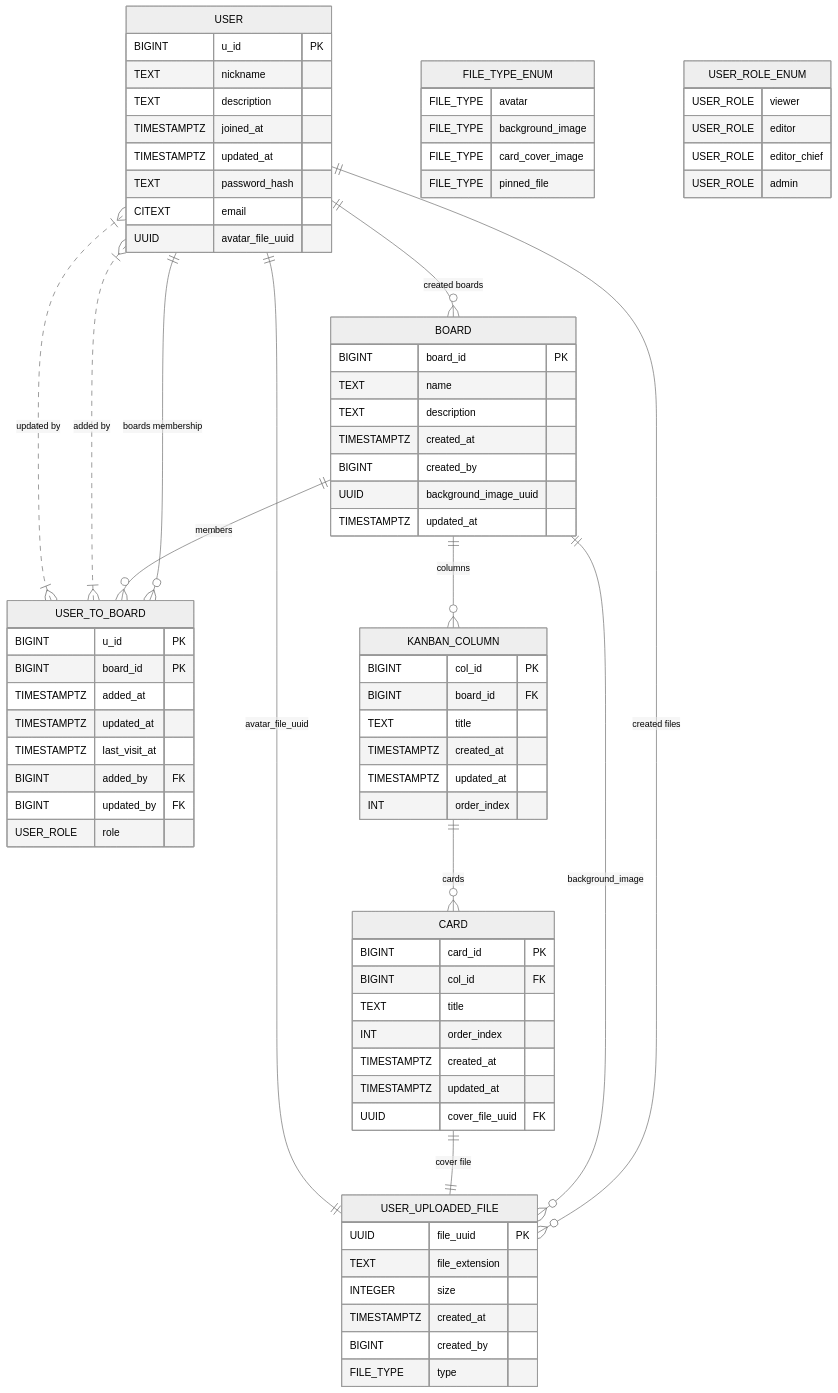
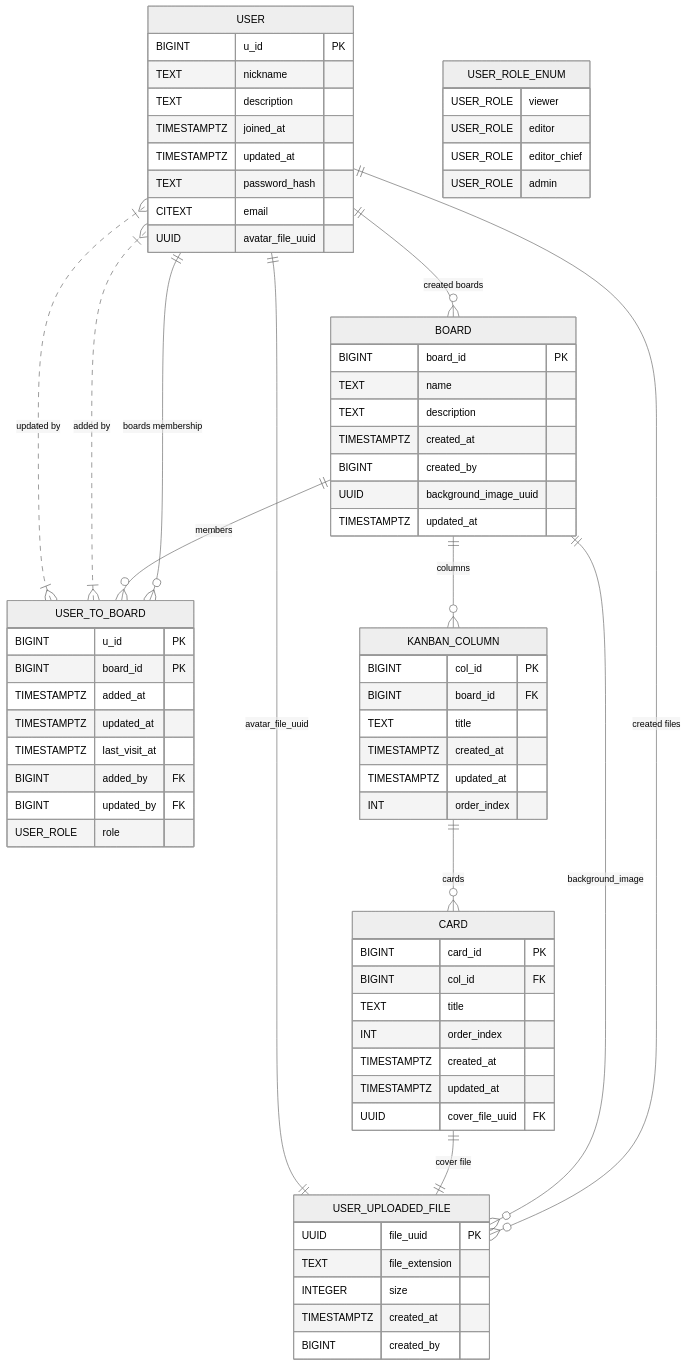
One commit to go-park-mail-ru/2024_2_RPO changed the diagram in database/normalized/relations.md. Above: the diagram before and after it, drawn with Mermaid (neutral theme). The commit also changed other lines of this file and 1 other file, not shown here.

Commit message:
Убран тип файла

```diff
--- a/database/normalized/relations.md
+++ b/database/normalized/relations.md
@@ -113,7 +109,6 @@
         INTEGER size
         TIMESTAMPTZ created_at
         BIGINT created_by
-        FILE_TYPE type
     }
 
     BOARD {
@@ -156,13 +151,7 @@
         UUID cover_file_uuid FK
     }
 
-    %% Типы ENUM
-    FILE_TYPE_ENUM {
-        FILE_TYPE avatar
-        FILE_TYPE background_image
-        FILE_TYPE card_cover_image
-        FILE_TYPE pinned_file
-    }
+    %% Тип ENUM
 
     USER_ROLE_ENUM {
         USER_ROLE viewer
```
